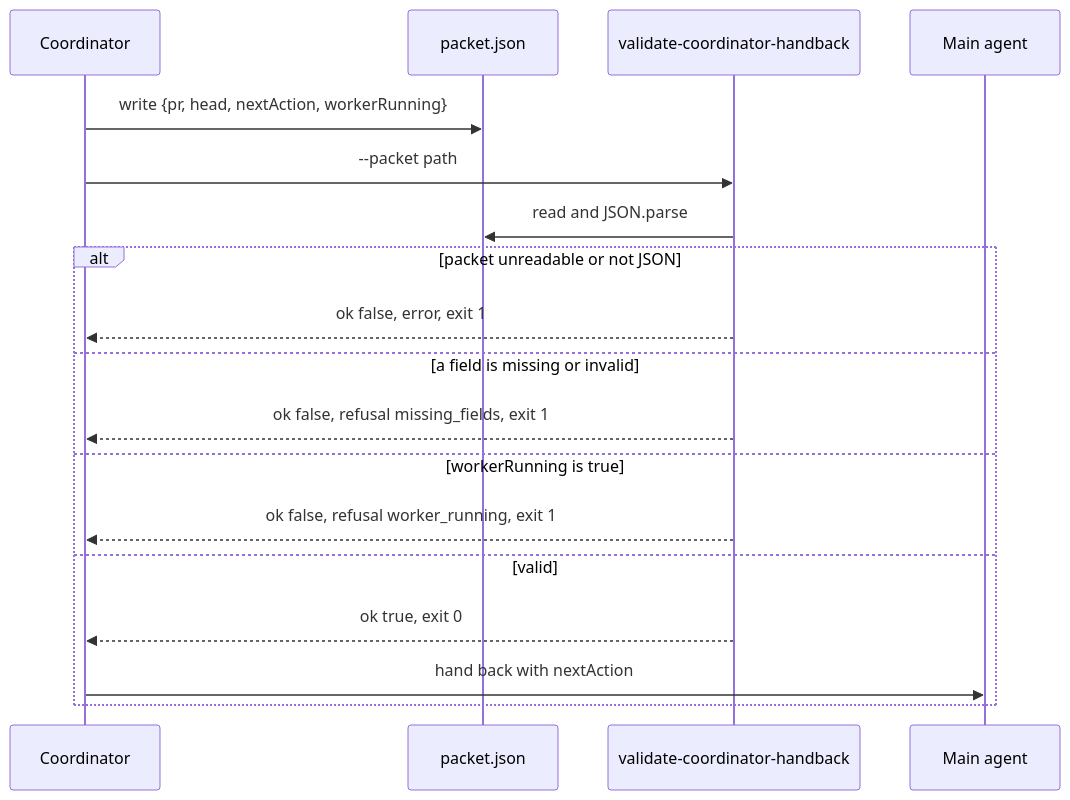
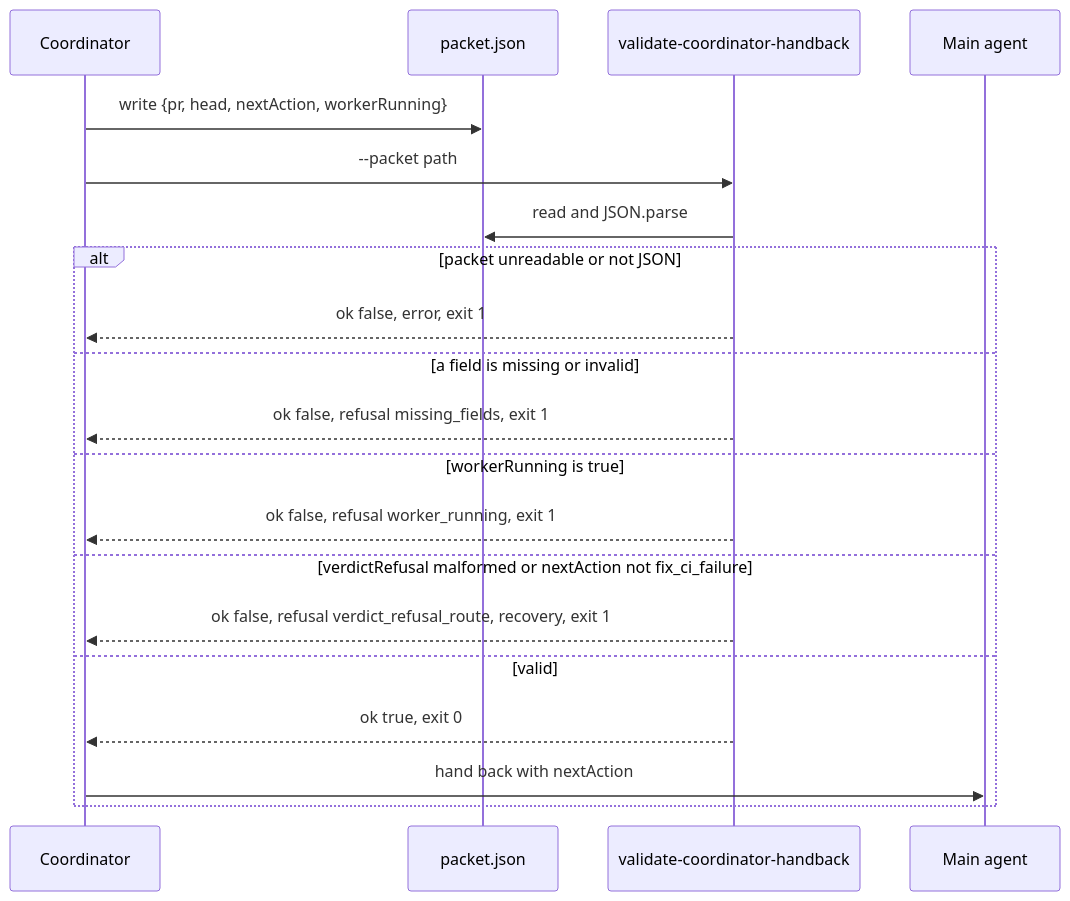
One commit to mfittko/dev-loops changed the ninth of 13 diagrams in docs/atlas/02-data-model.md. Above: the diagram before and after it, drawn with Mermaid. The commit also changed other lines of this file, not shown here.

````diff
--- a/docs/atlas/02-data-model.md
+++ b/docs/atlas/02-data-model.md
@@ -443,20 +452,22 @@
 ```mermaid
 sequenceDiagram
     participant C as Coordinator
     participant F as packet.json
     participant V as validate-coordinator-handback
     participant M as Main agent
     C->>F: write {pr, head, nextAction, workerRunning}
     C->>V: --packet path
     V->>F: read and JSON.parse
     alt packet unreadable or not JSON
         V-->>C: ok false, error, exit 1
     else a field is missing or invalid
         V-->>C: ok false, refusal missing_fields, exit 1
     else workerRunning is true
         V-->>C: ok false, refusal worker_running, exit 1
+    else verdictRefusal malformed or nextAction not fix_ci_failure
+        V-->>C: ok false, refusal verdict_refusal_route, recovery, exit 1
     else valid
         V-->>C: ok true, exit 0
         C->>M: hand back with nextAction
     end
 ```
````
